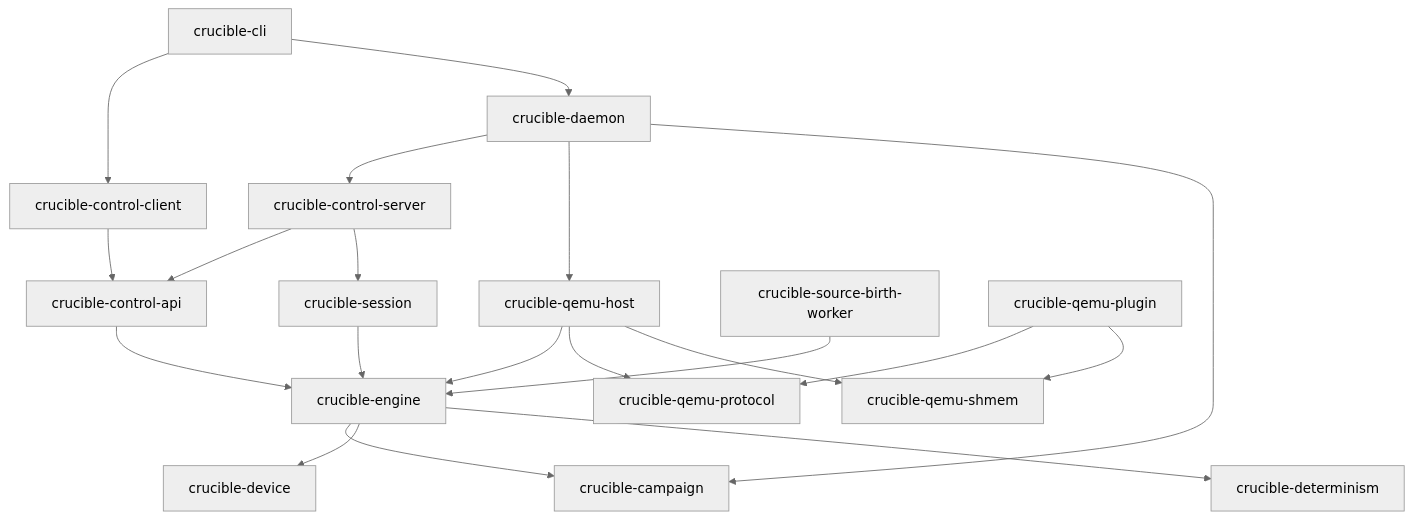
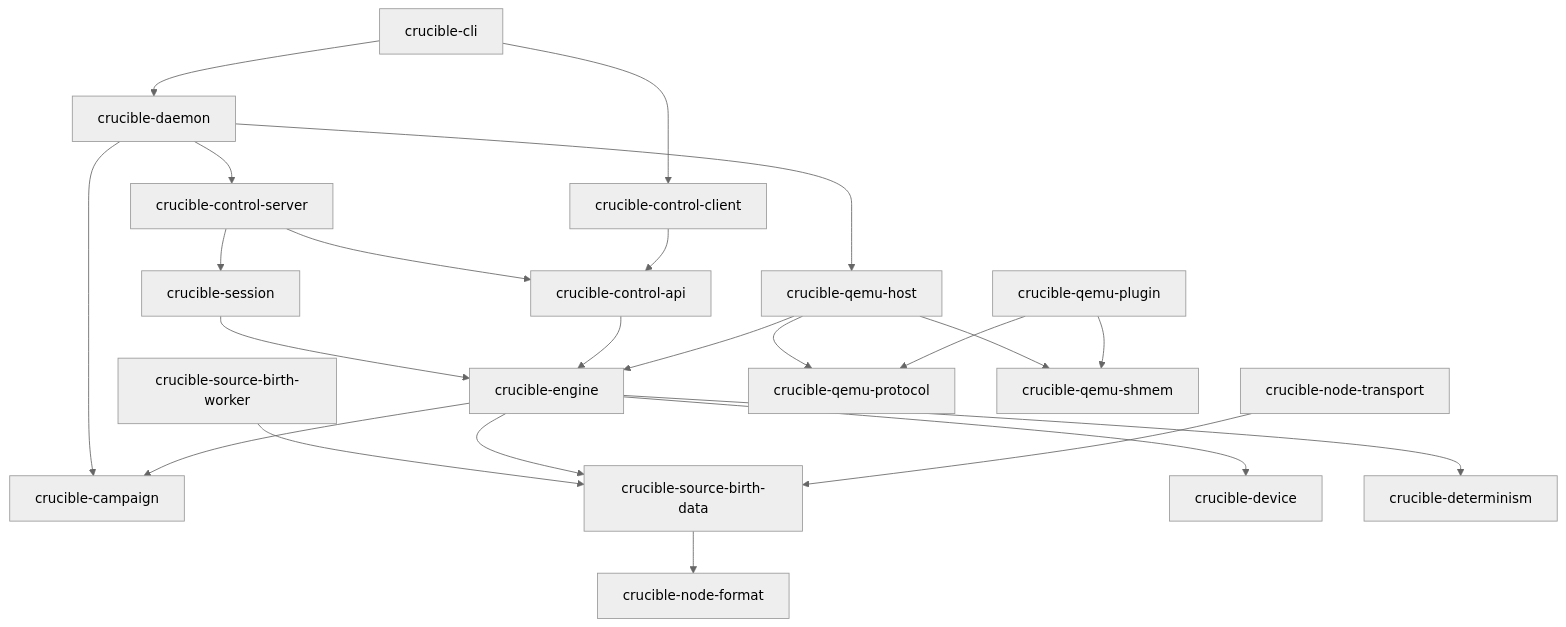
The diagram in docs/rfcs/0010-crucible/27-crate-structure.md (andyl-technologies/aos), drawn with Mermaid (neutral theme) before and after one commit. The commit also changed other lines of this file and 235 other files, not shown here.

First line of the commit message:
Isolate portable SourceBirth data from the contained worker

````diff
--- a/docs/rfcs/0010-crucible/27-crate-structure.md
+++ b/docs/rfcs/0010-crucible/27-crate-structure.md
@@ -107,22 +109,25 @@
 ```mermaid
 graph TD
   cli[crucible-cli] --> client[crucible-control-client]
   cli --> daemon[crucible-daemon]
   daemon --> server[crucible-control-server]
   daemon --> host[crucible-qemu-host]
   daemon --> campaign[crucible-campaign]
   server --> api[crucible-control-api]
   client --> api
   server --> session[crucible-session]
   session --> engine[crucible-engine]
-  worker[crucible-source-birth-worker] --> engine
+  worker[crucible-source-birth-worker] --> birth[crucible-source-birth-data]
+  engine --> birth
+  transport[crucible-node-transport] --> birth
+  birth --> format[crucible-node-format]
   api --> engine
   host --> engine
   engine --> campaign
   engine --> device[crucible-device]
   engine --> determinism[crucible-determinism]
   host --> protocol[crucible-qemu-protocol]
   host --> shmem[crucible-qemu-shmem]
   plugin[crucible-qemu-plugin] --> protocol
   plugin --> shmem
 ```
````
